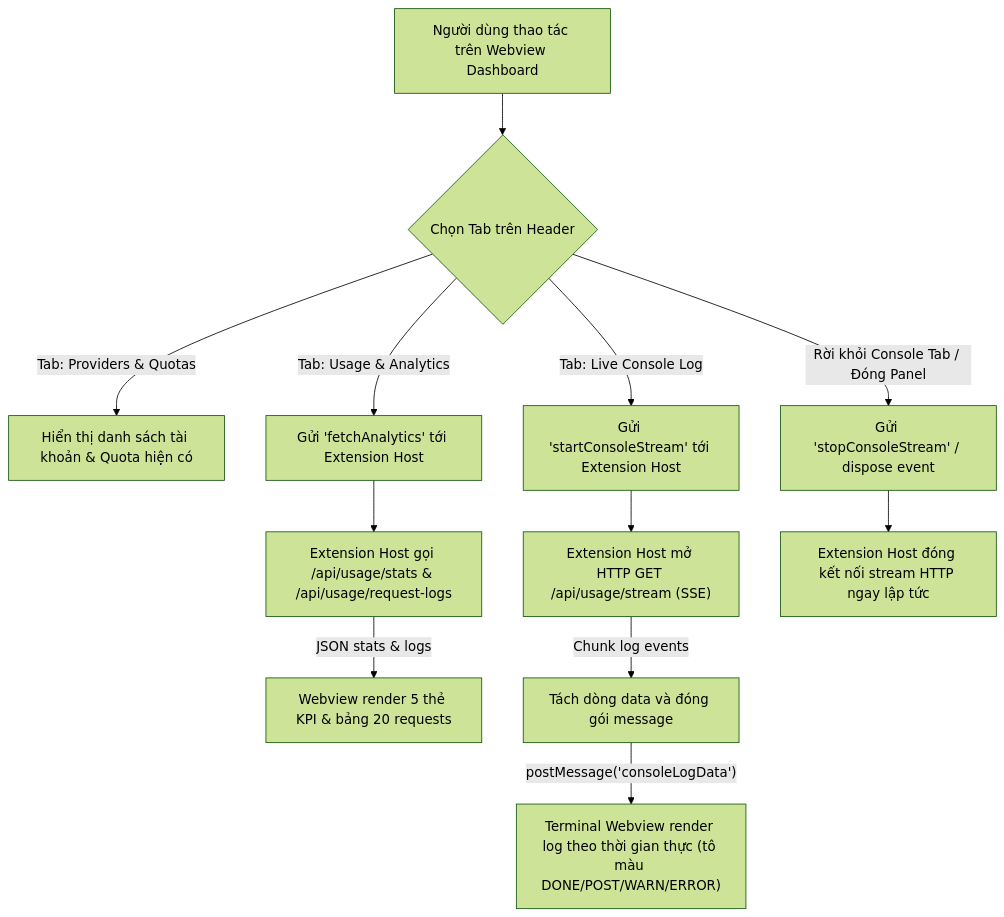
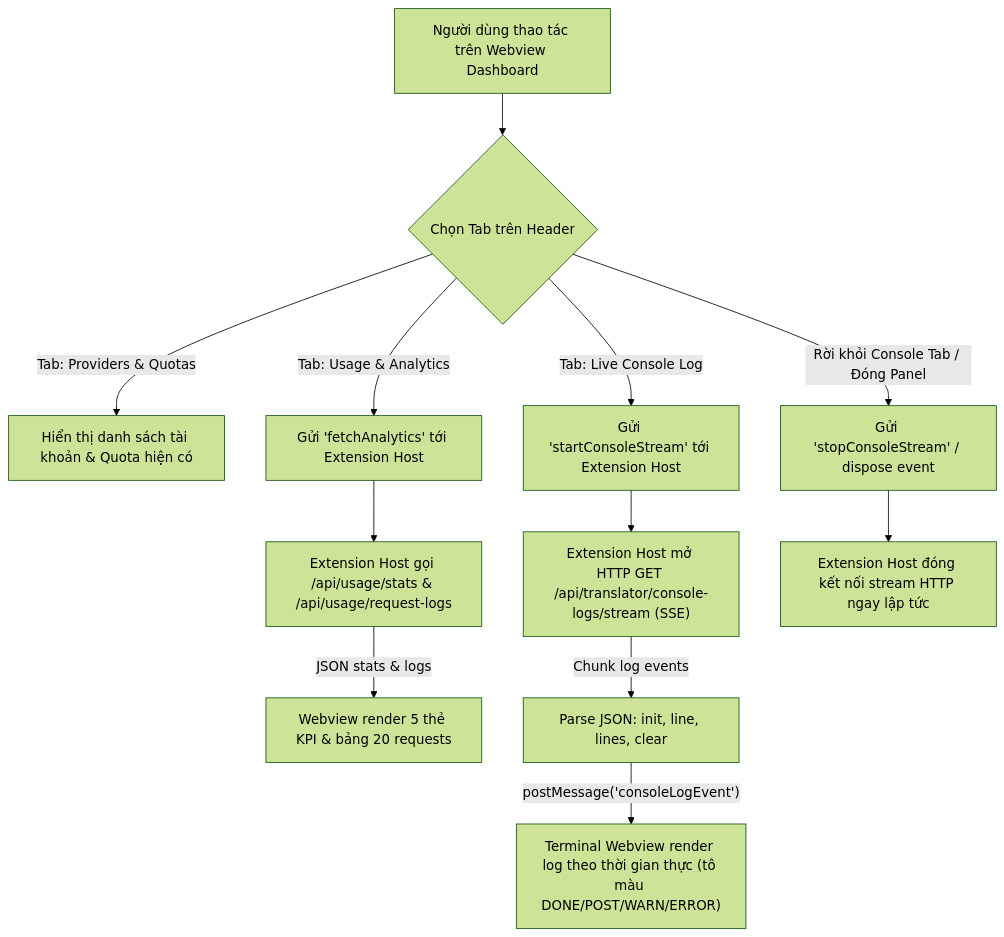
Before and after one commit to minhtalent-dev/9router-monitor-pro: the diagram in planning/tasks/20260918_dashboard_console_log_and_analytics/TASK_DASHBOARD_CONSOLE_LOG_AND_ANALYTICS.md, drawn with Mermaid (forest theme). The commit also changed other lines of this file, not shown here.

````diff
--- a/planning/tasks/20260918_dashboard_console_log_and_analytics/TASK_DASHBOARD_CONSOLE_LOG_AND_ANALYTICS.md
+++ b/planning/tasks/20260918_dashboard_console_log_and_analytics/TASK_DASHBOARD_CONSOLE_LOG_AND_ANALYTICS.md
@@ -107,17 +117,17 @@
 ```mermaid
 flowchart TD
     User["Người dùng thao tác trên Webview Dashboard"] --> TabSwitch{"Chọn Tab trên Header"}
     TabSwitch -->|"Tab: Providers & Quotas"| Tab1["Hiển thị danh sách tài khoản & Quota hiện có"]
     TabSwitch -->|"Tab: Usage & Analytics"| Tab2["Gửi 'fetchAnalytics' tới Extension Host"]
     TabSwitch -->|"Tab: Live Console Log"| Tab3["Gửi 'startConsoleStream' tới Extension Host"]
 
     Tab2 --> ExtHost1["Extension Host gọi /api/usage/stats & /api/usage/request-logs"]
     ExtHost1 -->|"JSON stats & logs"| WebviewUpdate1["Webview render 5 thẻ KPI & bảng 20 requests"]
 
-    Tab3 --> ExtHost2["Extension Host mở HTTP GET /api/usage/stream (SSE)"]
-    ExtHost2 -->|"Chunk log events"| ExtHostFilter["Tách dòng data và đóng gói message"]
-    ExtHostFilter -->|"postMessage('consoleLogData')"| WebviewTerminal["Terminal Webview render log theo thời gian thực (tô màu DONE/POST/WARN/ERROR)"]
+    Tab3 --> ExtHost2["Extension Host mở HTTP GET /api/translator/console-logs/stream (SSE)"]
+    ExtHost2 -->|"Chunk log events"| ExtHostFilter["Parse JSON: init, line, lines, clear"]
+    ExtHostFilter -->|"postMessage('consoleLogEvent')"| WebviewTerminal["Terminal Webview render log theo thời gian thực (tô màu DONE/POST/WARN/ERROR)"]
 
     TabSwitch -->|"Rời khỏi Console Tab / Đóng Panel"| AbortSignal["Gửi 'stopConsoleStream' / dispose event"]
     AbortSignal --> ExtHostAbort["Extension Host đóng kết nối stream HTTP ngay lập tức"]
 ```
````
